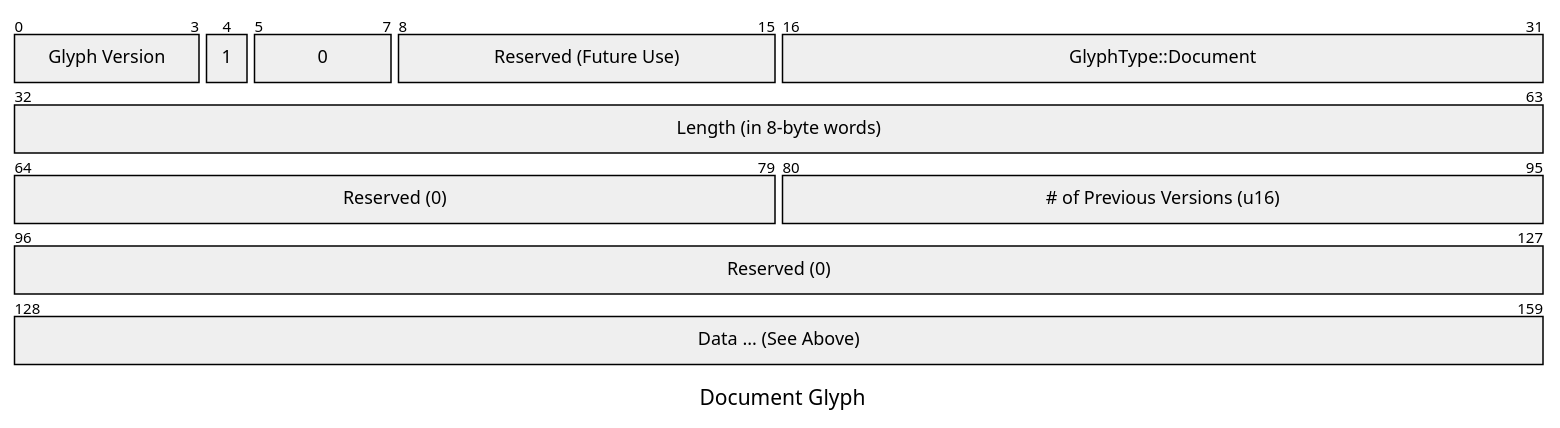
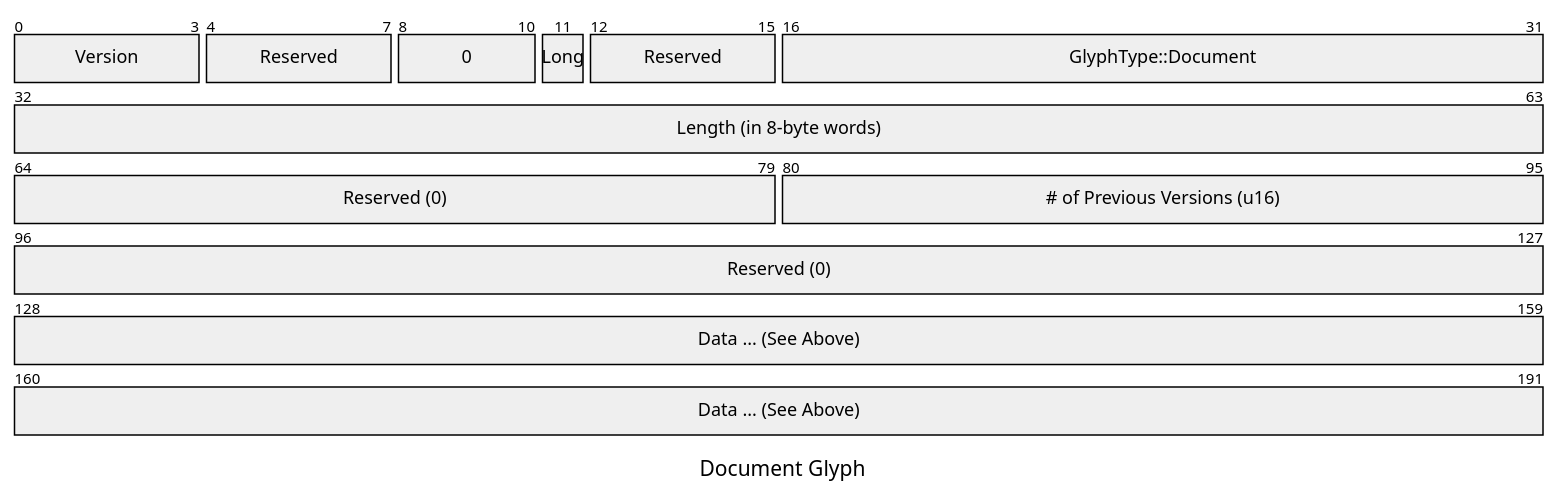
Diagram 15 of 15 in src/binary_formats.md (elara-themica/glifs-contributor-guide), drawn with Mermaid before and after one commit. The commit also changed other lines of this file, not shown here.

````diff
--- a/src/binary_formats.md
+++ b/src/binary_formats.md
@@ -338,16 +499,17 @@
 ```mermaid
 ---
 title: "Document Glyph"
 ---
 packet-beta
-0-3: "Glyph Version"
-4: "1"
-5-7: "0"
-8-15: "Reserved (Future Use)"
+0-3: "Version"
+4-7: "Reserved"
+8-10: "0"
+11: "Long"
+12-15: "Reserved"
 16-31: "GlyphType::Document"
 32-63: "Length (in 8-byte words)"
 64-79: "Reserved (0)"
 80-95: "# of Previous Versions (u16)"
 96-127: "Reserved (0)"
-128-159: "Data ... (See Above)"
+128-191: "Data ... (See Above)"
 ```
````
